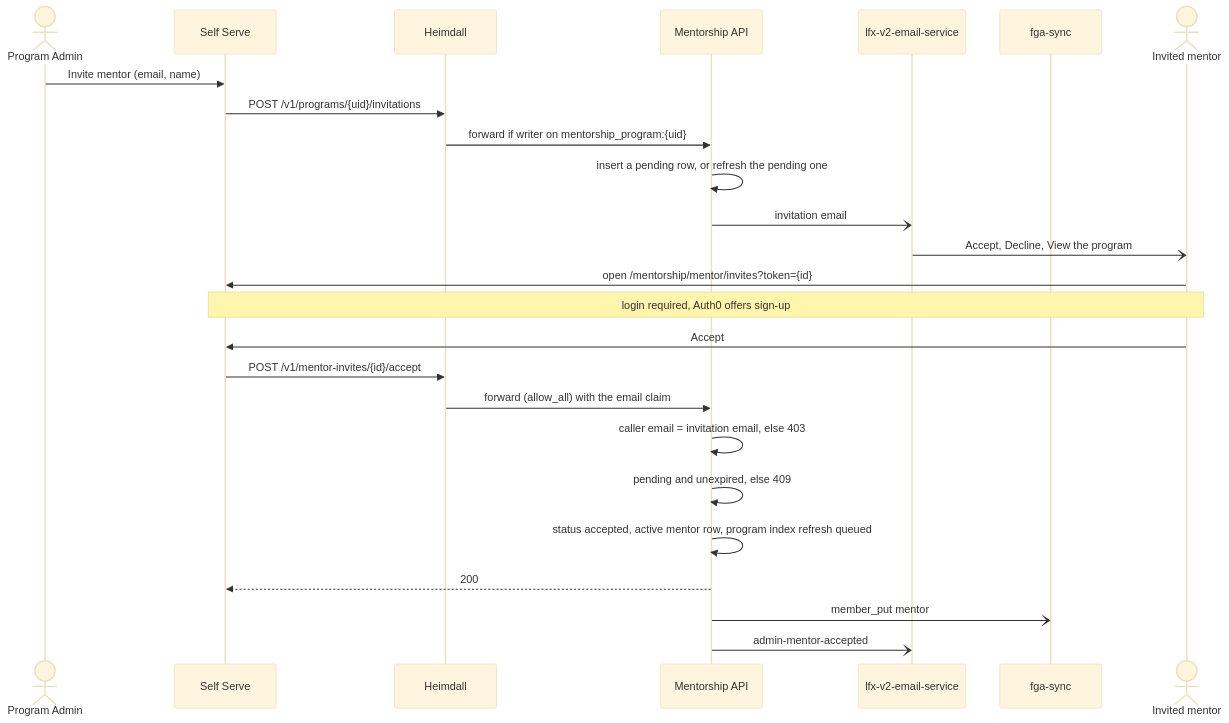
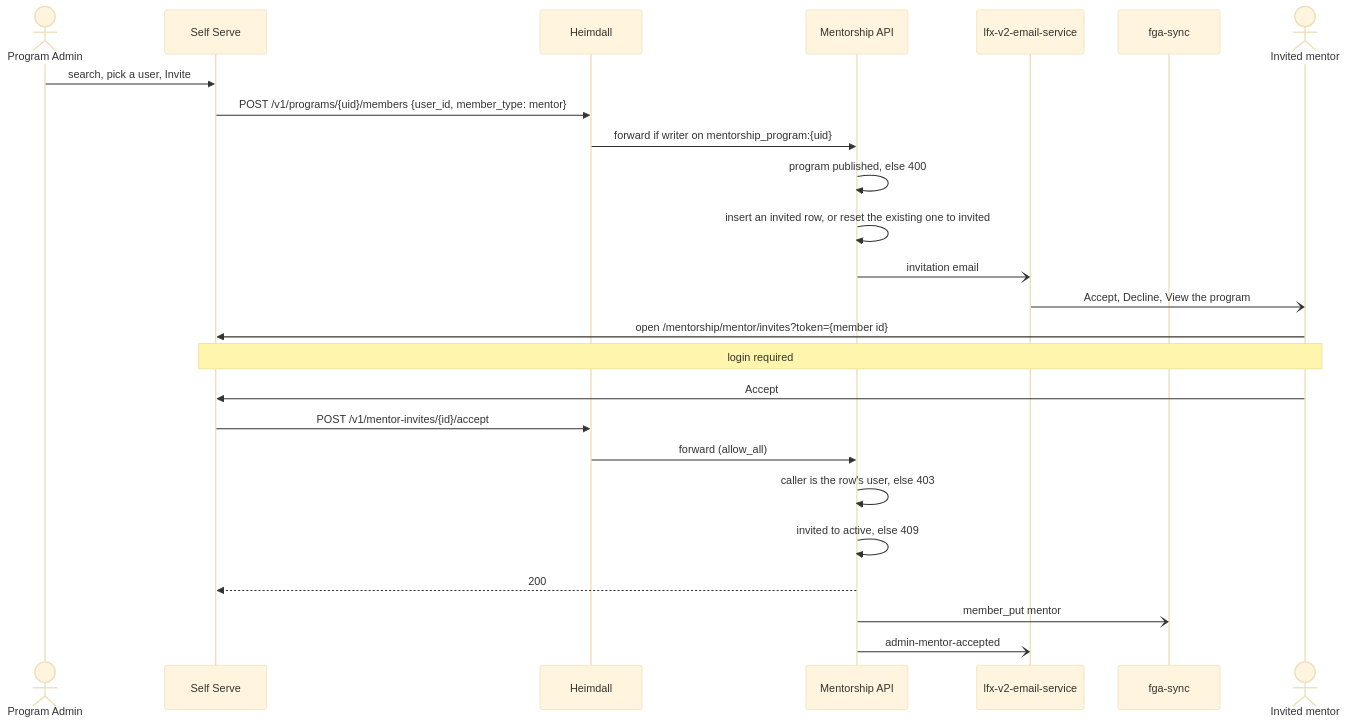
The first of 2 diagrams in docs/rewrite/08-mentor-invitations.md (linuxfoundation/lfx-mentorship), drawn with Mermaid (base theme) before and after one commit. The commit also changed other lines of this file, not shown here.

First line of the commit message:
docs(rewrite): 08 — align mentor invitations with main

````diff
--- a/docs/rewrite/08-mentor-invitations.md
+++ b/docs/rewrite/08-mentor-invitations.md
@@ -77,28 +79,28 @@
 ```mermaid
 sequenceDiagram
     actor PA as Program Admin
     participant SS as Self Serve
     participant H as Heimdall
     participant API as Mentorship API
     participant E as lfx-v2-email-service
     participant S as fga-sync
     actor M as Invited mentor
 
-    PA->>SS: Invite mentor (email, name)
-    SS->>H: POST /v1/programs/{uid}/invitations
+    PA->>SS: search, pick a user, Invite
+    SS->>H: POST /v1/programs/{uid}/members {user_id, member_type: mentor}
     H->>API: forward if writer on mentorship_program:{uid}
-    API->>API: insert a pending row, or refresh the pending one
+    API->>API: program published, else 400
+    API->>API: insert an invited row, or reset the existing one to invited
     API-)E: invitation email
     E-)M: Accept, Decline, View the program
-    M->>SS: open /mentorship/mentor/invites?token={id}
-    Note over M,SS: login required, Auth0 offers sign-up
+    M->>SS: open /mentorship/mentor/invites?token={member id}
+    Note over M,SS: login required
     M->>SS: Accept
     SS->>H: POST /v1/mentor-invites/{id}/accept
-    H->>API: forward (allow_all) with the email claim
-    API->>API: caller email = invitation email, else 403
-    API->>API: pending and unexpired, else 409
-    API->>API: status accepted, active mentor row, program index refresh queued
+    H->>API: forward (allow_all)
+    API->>API: caller is the row's user, else 403
+    API->>API: invited to active, else 409
     API-->>SS: 200
     API-)S: member_put mentor
     API-)E: admin-mentor-accepted
 ```
````
